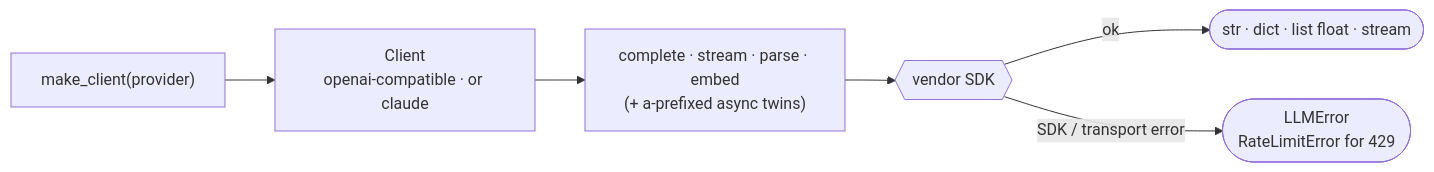
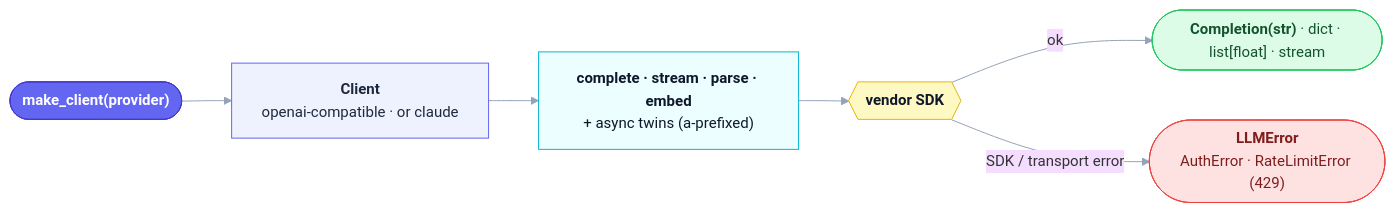
Before and after one commit to seokhoonj/thinchat: the diagram in README.md, drawn with Mermaid. The commit also changed other lines of this file and 1 other file, not shown here.

First line of the commit message:
Rewrite the README to lead with the differentiated value, and restyle the diagram

````diff
--- a/README.md
+++ b/README.md
@@ -213,8 +229,19 @@
 ```mermaid
+%%{init: {'theme':'base','themeVariables':{'fontSize':'15px','fontFamily':'ui-sans-serif, system-ui, sans-serif','lineColor':'#94a3b8'}}}%%
 flowchart LR
-  M["make_client(provider)"] --> C["Client<br/>openai-compatible · or claude"]
-  C --> V["complete · stream · parse · embed<br/>(+ a-prefixed async twins)"]
-  V --> S{{"vendor SDK"}}
-  S -->|ok| O(["str · dict · list float · stream"])
-  S -->|"SDK / transport error"| E(["LLMError<br/>RateLimitError for 429"])
+  M(["<b>make_client(provider)</b>"]):::entry
+  C["<b>Client</b><br/>openai-compatible · or claude"]:::client
+  V["<b>complete · stream · parse · embed</b><br/>+ async twins (a-prefixed)"]:::verb
+  S{{"<b>vendor SDK</b>"}}:::sdk
+  O(["<b>Completion(str)</b> · dict · list[float] · stream"]):::ok
+  E(["<b>LLMError</b><br/>AuthError · RateLimitError (429)"]):::err
+  M --> C --> V --> S
+  S -->|ok| O
+  S -->|"SDK / transport error"| E
+  classDef entry  fill:#6366f1,color:#ffffff,stroke:#4338ca,stroke-width:1px;
+  classDef client fill:#eef2ff,color:#1e293b,stroke:#6366f1,stroke-width:1px;
+  classDef verb   fill:#ecfeff,color:#0f172a,stroke:#06b6d4,stroke-width:1px;
+  classDef sdk    fill:#fef9c3,color:#0f172a,stroke:#eab308,stroke-width:1px;
+  classDef ok     fill:#dcfce7,color:#14532d,stroke:#22c55e,stroke-width:1px;
+  classDef err    fill:#fee2e2,color:#7f1d1d,stroke:#ef4444,stroke-width:1px;
 ```
````
